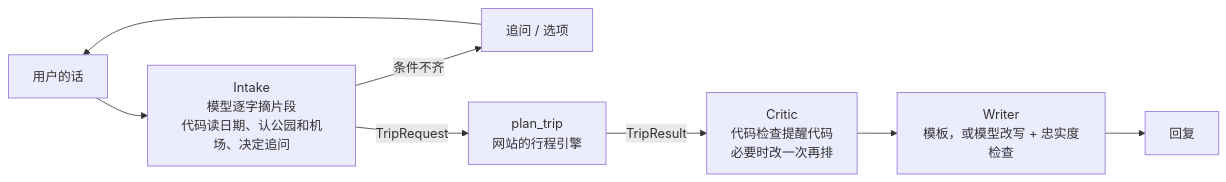
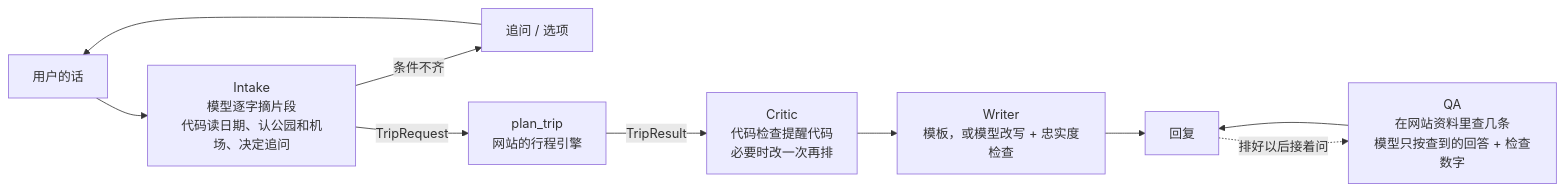
The diagram in docs/COPILOT.md (momomojun/Team), drawn with Mermaid before and after one commit. The commit also changed other lines of this file and 19 other files, not shown here.

````diff
--- a/docs/COPILOT.md
+++ b/docs/COPILOT.md
@@ -11,10 +11,12 @@
 ```mermaid
 flowchart LR
     U[用户的话] --> I[Intake<br>模型逐字摘片段<br>代码读日期、认公园和机场、决定追问]
     I -- 条件不齐 --> Q[追问 / 选项]
     Q --> U
     I -- TripRequest --> P[plan_trip<br>网站的行程引擎]
     P -- TripResult --> C[Critic<br>代码检查提醒代码<br>必要时改一次再排]
     C --> W[Writer<br>模板，或模型改写 + 忠实度检查]
     W --> A[回复]
+    A -. 排好以后接着问 .-> R[QA<br>在网站资料里查几条<br>模型只按查到的回答 + 检查数字]
+    R --> A
 ```
````
